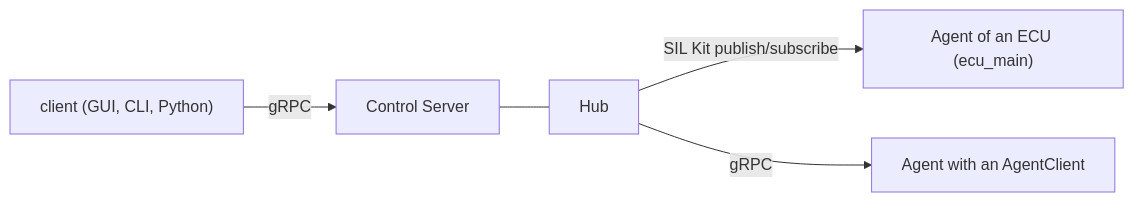
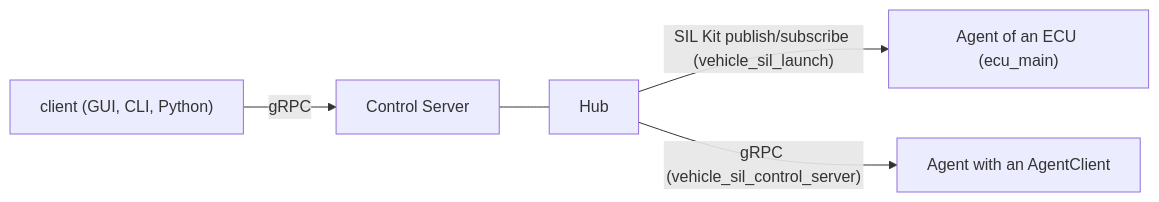
One commit to rahanahu/vehicle-sil changed the first of 3 diagrams in docs/architecture.md. Above: the diagram before and after it, drawn with Mermaid. The commit also changed other lines of this file and 34 other files, not shown here.

````diff
--- a/docs/architecture.md
+++ b/docs/architecture.md
@@ -1161,7 +1161,7 @@
 ```mermaid
 flowchart LR
     client["client (GUI, CLI, Python)"] -- gRPC --> server["Control Server"]
     server --- hub["Hub"]
-    hub -- "SIL Kit publish/subscribe" --> a1["Agent of an ECU (ecu_main)"]
-    hub -- gRPC --> a2["Agent with an AgentClient"]
+    hub -- "SIL Kit publish/subscribe (vehicle_sil_launch)" --> a1["Agent of an ECU (ecu_main)"]
+    hub -- "gRPC (vehicle_sil_control_server)" --> a2["Agent with an AgentClient"]
 ```
````
